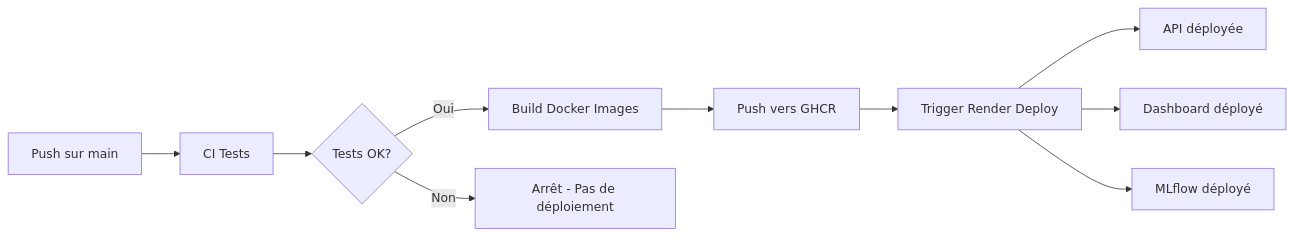
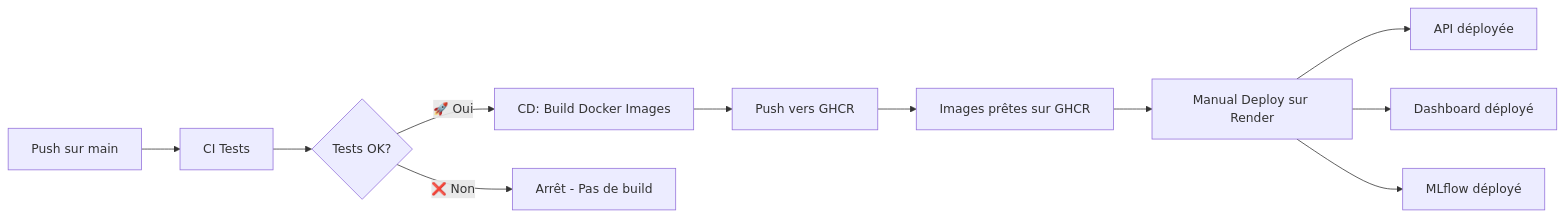
The diagram in RENDER_SETUP.md (Absiinator/OPENCLASSROOMS_ML_OPS), drawn with Mermaid before and after one commit. The commit also changed other lines of this file and 4 other files, not shown here.

Commit message:
Mise à jour du workflow de déploiement pour clarifier le processus de build et de push des images Docker, ajout de sections pour l'état des services et les statistiques du dataset dans le Dashboard.

````diff
--- a/RENDER_SETUP.md
+++ b/RENDER_SETUP.md
@@ -302,12 +334,13 @@
 ```mermaid
 graph LR
     A[Push sur main] --> B[CI Tests]
     B --> C{Tests OK?}
-    C -->|Oui| D[Build Docker Images]
+    C -->|🚀 Oui| D[CD: Build Docker Images]
     D --> E[Push vers GHCR]
-    E --> F[Trigger Render Deploy]
-    F --> G[API déployée]
-    F --> H[Dashboard déployé]
-    F --> I[MLflow déployé]
-    C -->|Non| J[Arrêt - Pas de déploiement]
+    E --> F[Images prêtes sur GHCR]
+    F --> G[Manual Deploy sur Render]
+    G --> H[API déployée]
+    G --> I[Dashboard déployé]
+    G --> J[MLflow déployé]
+    C -->|❌ Non| K[Arrêt - Pas de build]
 ```
````
